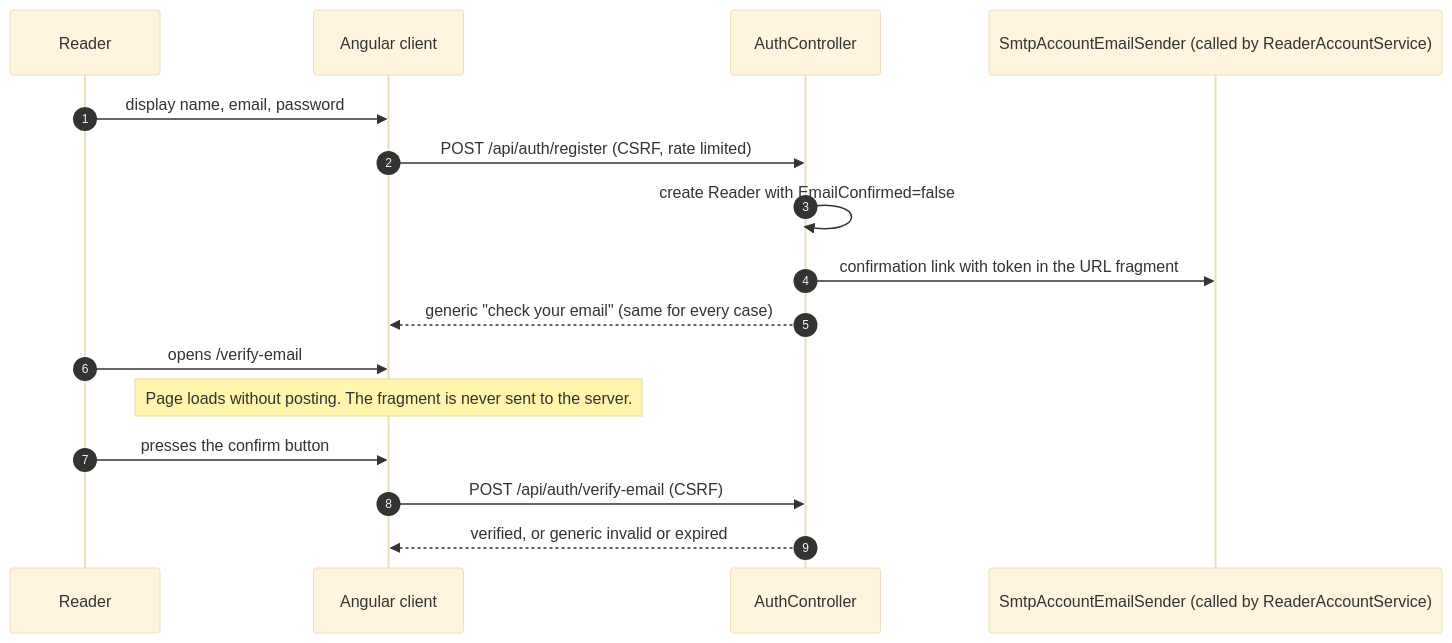
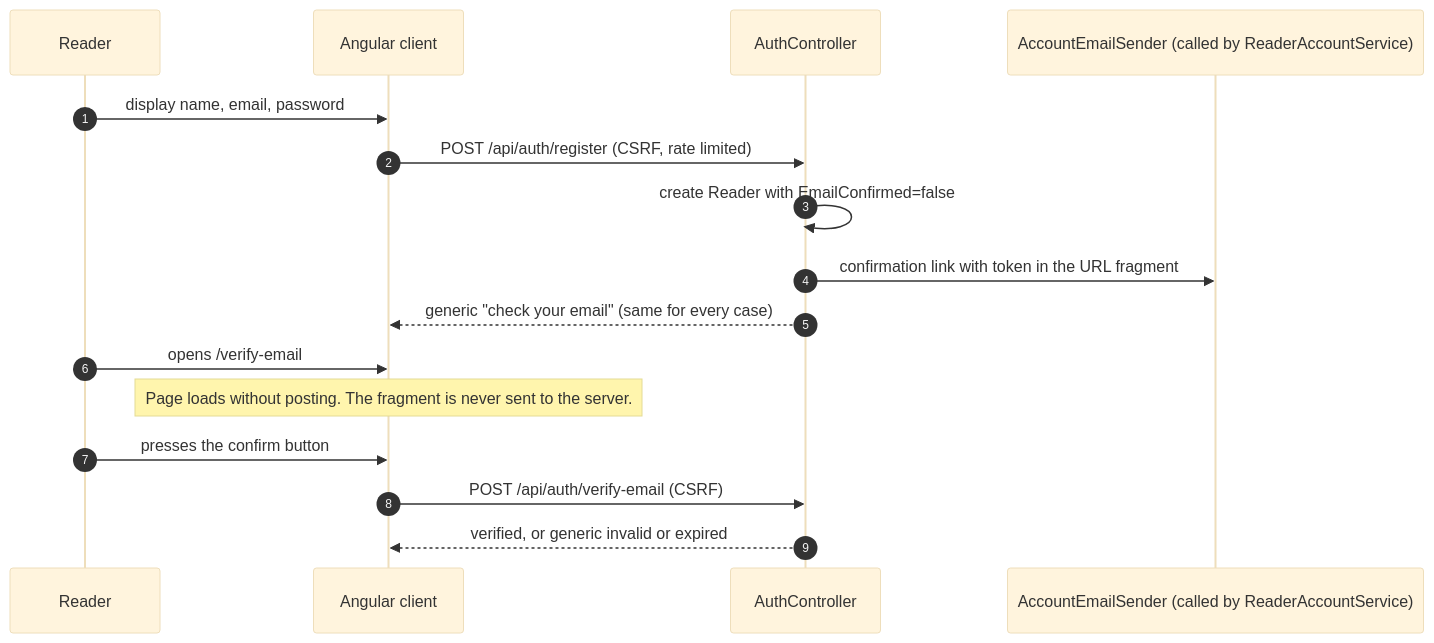
The seventh of 9 diagrams in Docs/architecture.md (GucciVanin/goosevaninWebsite), drawn with Mermaid (base theme) before and after one commit. The commit also changed other lines of this file and 39 other files, not shown here.

````diff
--- a/Docs/architecture.md
+++ b/Docs/architecture.md
@@ -402,19 +402,19 @@
 ```mermaid
 sequenceDiagram
     autonumber
     participant R as Reader
     participant B as Angular client
     participant A as AuthController
-    participant M as SmtpAccountEmailSender (called by ReaderAccountService)
+    participant M as AccountEmailSender (called by ReaderAccountService)
 
     R->>B: display name, email, password
     B->>A: POST /api/auth/register (CSRF, rate limited)
     A->>A: create Reader with EmailConfirmed=false
     A->>M: confirmation link with token in the URL fragment
     A-->>B: generic "check your email" (same for every case)
     R->>B: opens /verify-email#userId=...&token=...
     Note over B: Page loads without posting. The fragment is never sent to the server.
     R->>B: presses the confirm button
     B->>A: POST /api/auth/verify-email (CSRF)
     A-->>B: verified, or generic invalid or expired
 ```
````
